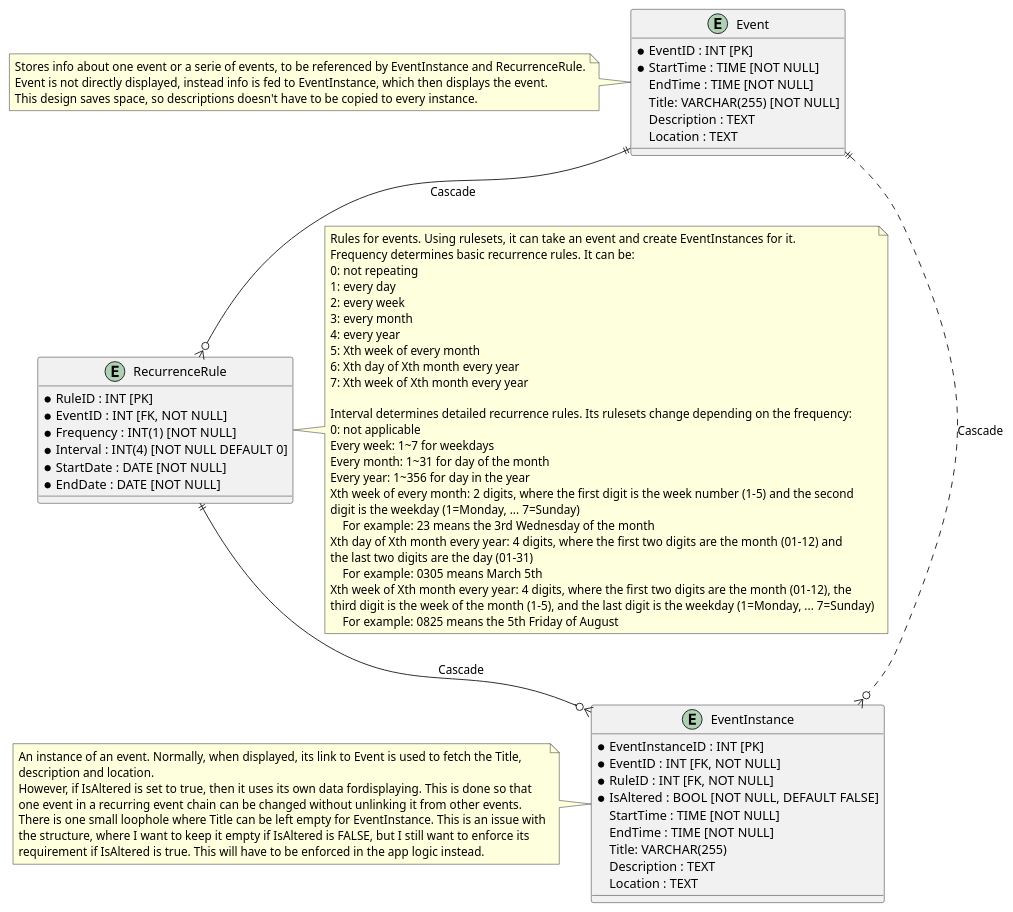
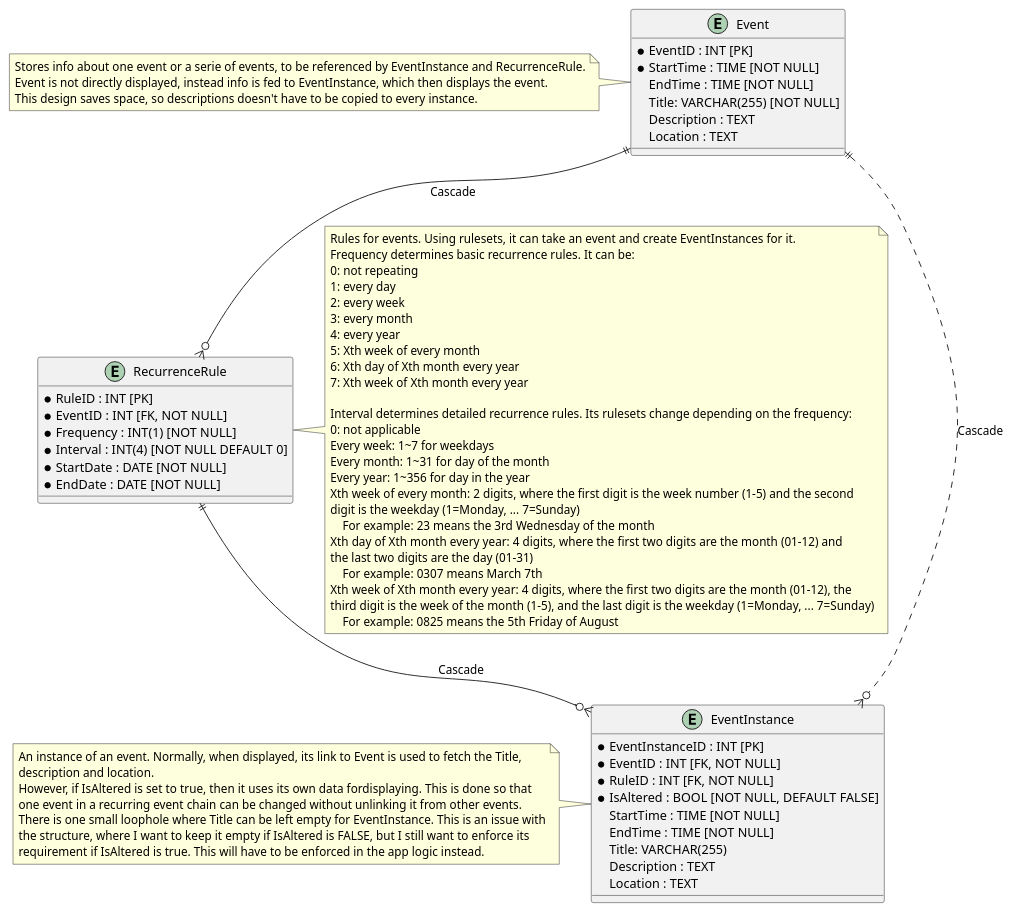
One commit to ggrgg13/calendar-app changed the diagram in Logical design Old.puml. Above: the diagram before and after it, drawn with PlantUML. The commit also changed 5 other files, not shown here.

```diff
--- a/Logical design Old.puml
+++ b/Logical design Old.puml
@@ -1,78 +1,78 @@
 @startuml CalenderApp ER diagram
 
 entity "Event" as Event {
     *EventID : INT [PK]
     *StartTime : TIME [NOT NULL]
     EndTime : TIME [NOT NULL]
     {field} Title: VARCHAR(255) [NOT NULL]
     Description : TEXT
     Location : TEXT
 }
 note left of Event
 Stores info about one event or a serie of events, to be referenced by EventInstance and RecurrenceRule.
 Event is not directly displayed, instead info is fed to EventInstance, which then displays the event.
 This design saves space, so descriptions doesn't have to be copied to every instance.
 end note
 
 entity "RecurrenceRule" as RecurrenceRule {
     *RuleID : INT [PK]
     *EventID : INT [FK, NOT NULL]
     {field} *Frequency : INT(1) [NOT NULL]
     {field}*Interval : INT(4) [NOT NULL DEFAULT 0]
     *StartDate : DATE [NOT NULL]
     *EndDate : DATE [NOT NULL]
 }
 note left of RecurrenceRule
 Rules for events. Using rulesets, it can take an event and create EventInstances for it.
 Frequency determines basic recurrence rules. It can be:
 0: not repeating
 1: every day
 2: every week
 3: every month
 4: every year
 5: Xth week of every month
 6: Xth day of Xth month every year
 7: Xth week of Xth month every year
 
 Interval determines detailed recurrence rules. Its rulesets change depending on the frequency:
 0: not applicable
 Every week: 1~7 for weekdays
 Every month: 1~31 for day of the month
 Every year: 1~356 for day in the year
 Xth week of every month: 2 digits, where the first digit is the week number (1-5) and the second
 digit is the weekday (1=Monday, ... 7=Sunday)
     For example: 23 means the 3rd Wednesday of the month
 Xth day of Xth month every year: 4 digits, where the first two digits are the month (01-12) and
 the last two digits are the day (01-31)
-    For example: 0305 means March 5th
+    For example: 0307 means March 7th
 Xth week of Xth month every year: 4 digits, where the first two digits are the month (01-12), the
 third digit is the week of the month (1-5), and the last digit is the weekday (1=Monday, ... 7=Sunday)
     For example: 0825 means the 5th Friday of August
 end note
 
 entity "EventInstance" as EventInstance {
     *EventInstanceID : INT [PK]
     *EventID : INT [FK, NOT NULL]
     *RuleID : INT [FK, NOT NULL]
     *IsAltered : BOOL [NOT NULL, DEFAULT FALSE]
     StartTime : TIME [NOT NULL]
     EndTime : TIME [NOT NULL]
     {field} Title: VARCHAR(255)
     Description : TEXT
     Location : TEXT
 }
 note left of EventInstance
 An instance of an event. Normally, when displayed, its link to Event is used to fetch the Title, 
 description and location. 
 However, if IsAltered is set to true, then it uses its own data fordisplaying. This is done so that 
 one event in a recurring event chain can be changed without unlinking it from other events.
 There is one small loophole where Title can be left empty for EventInstance. This is an issue with
 the structure, where I want to keep it empty if IsAltered is FALSE, but I still want to enforce its
 requirement if IsAltered is true. This will have to be enforced in the app logic instead.
 end note
 
 Event ||--o{ RecurrenceRule : "Cascade"
 Event ||..o{ EventInstance : "Cascade"
 RecurrenceRule ||--o{ EventInstance : "Cascade"
 
 @enduml
```
